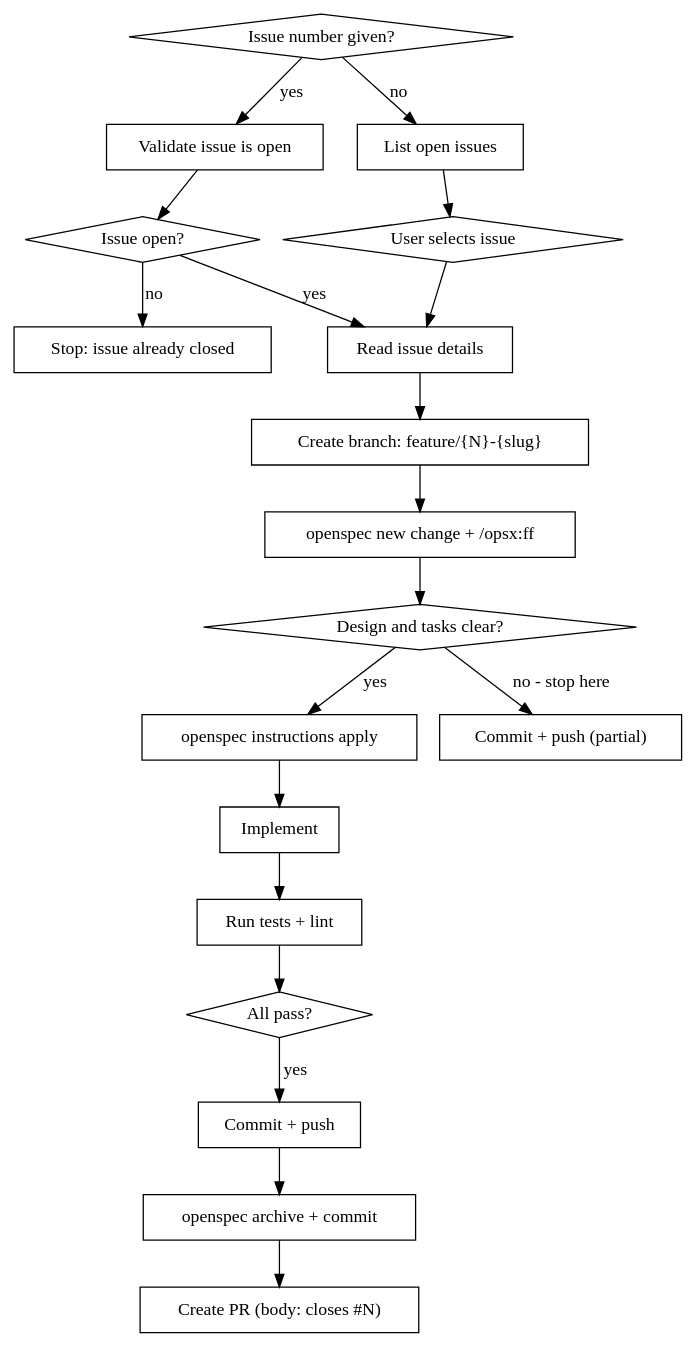
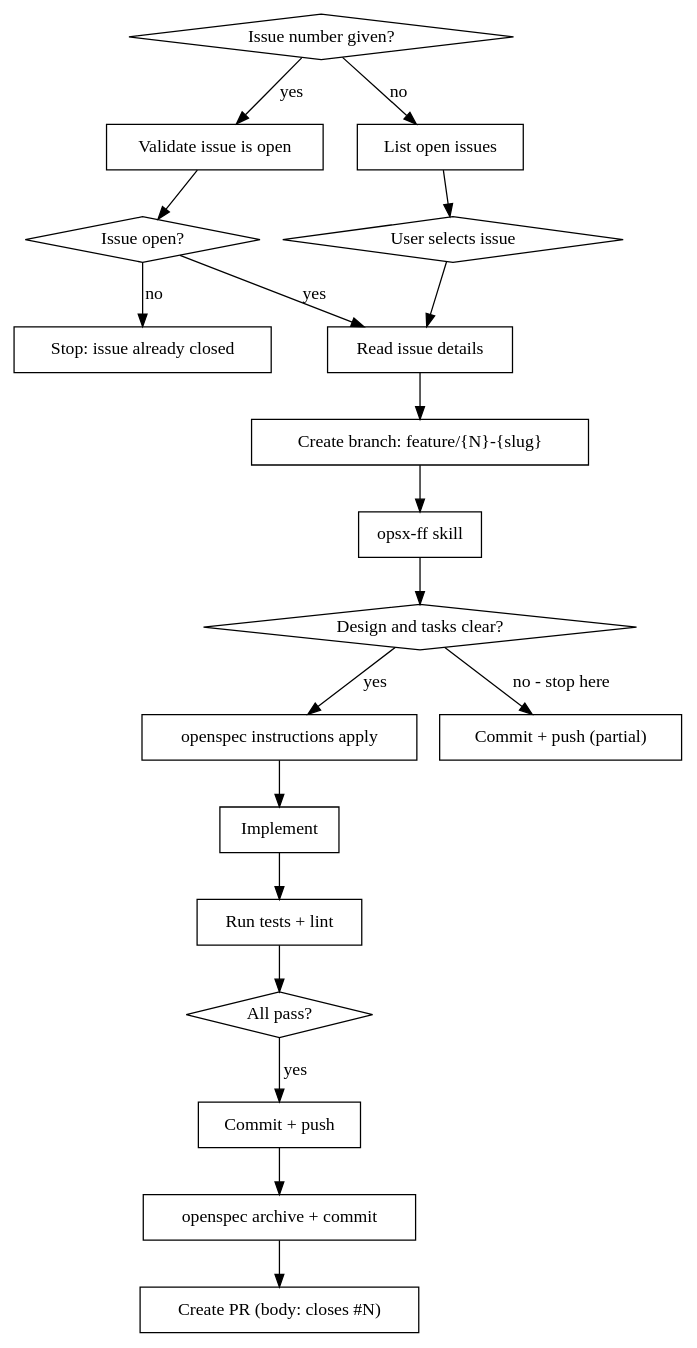
The diagram in .claude/skills/forgejo-issue/SKILL.md (janbaer/dotfiles), drawn with Graphviz before and after one commit. The commit also changed other lines of this file and 5 other files, not shown here.

````diff
--- a/.claude/skills/forgejo-issue/SKILL.md
+++ b/.claude/skills/forgejo-issue/SKILL.md
@@ -26,41 +16,41 @@
 ```dot
 digraph issue_workflow {
     "Issue number given?" [shape=diamond];
     "Validate issue is open" [shape=box];
     "Issue open?" [shape=diamond];
     "Stop: issue already closed" [shape=box];
     "List open issues" [shape=box];
     "User selects issue" [shape=diamond];
     "Read issue details" [shape=box];
     "Create branch: feature/{N}-{slug}" [shape=box];
-    "openspec new change + /opsx:ff" [shape=box];
+    "opsx-ff skill" [shape=box];
     "Design and tasks clear?" [shape=diamond];
     "openspec instructions apply" [shape=box];
     "Implement" [shape=box];
     "Run tests + lint" [shape=box];
     "All pass?" [shape=diamond];
     "Commit + push" [shape=box];
     "openspec archive + commit" [shape=box];
     "Create PR (body: closes #N)" [shape=box];
     "Commit + push (partial)" [shape=box];
 
     "Issue number given?" -> "Validate issue is open" [label="yes"];
     "Issue number given?" -> "List open issues" [label="no"];
     "Validate issue is open" -> "Issue open?" ;
     "Issue open?" -> "Read issue details" [label="yes"];
     "Issue open?" -> "Stop: issue already closed" [label="no"];
     "List open issues" -> "User selects issue";
     "User selects issue" -> "Read issue details";
     "Read issue details" -> "Create branch: feature/{N}-{slug}";
-    "Create branch: feature/{N}-{slug}" -> "openspec new change + /opsx:ff";
-    "openspec new change + /opsx:ff" -> "Design and tasks clear?";
+    "Create branch: feature/{N}-{slug}" -> "opsx-ff skill";
+    "opsx-ff skill" -> "Design and tasks clear?";
     "Design and tasks clear?" -> "openspec instructions apply" [label="yes"];
     "Design and tasks clear?" -> "Commit + push (partial)" [label="no - stop here"];
     "openspec instructions apply" -> "Implement";
     "Implement" -> "Run tests + lint";
     "Run tests + lint" -> "All pass?";
     "All pass?" -> "Commit + push" [label="yes"];
     "Commit + push" -> "openspec archive + commit";
     "openspec archive + commit" -> "Create PR (body: closes #N)";
 }
 ```
````
